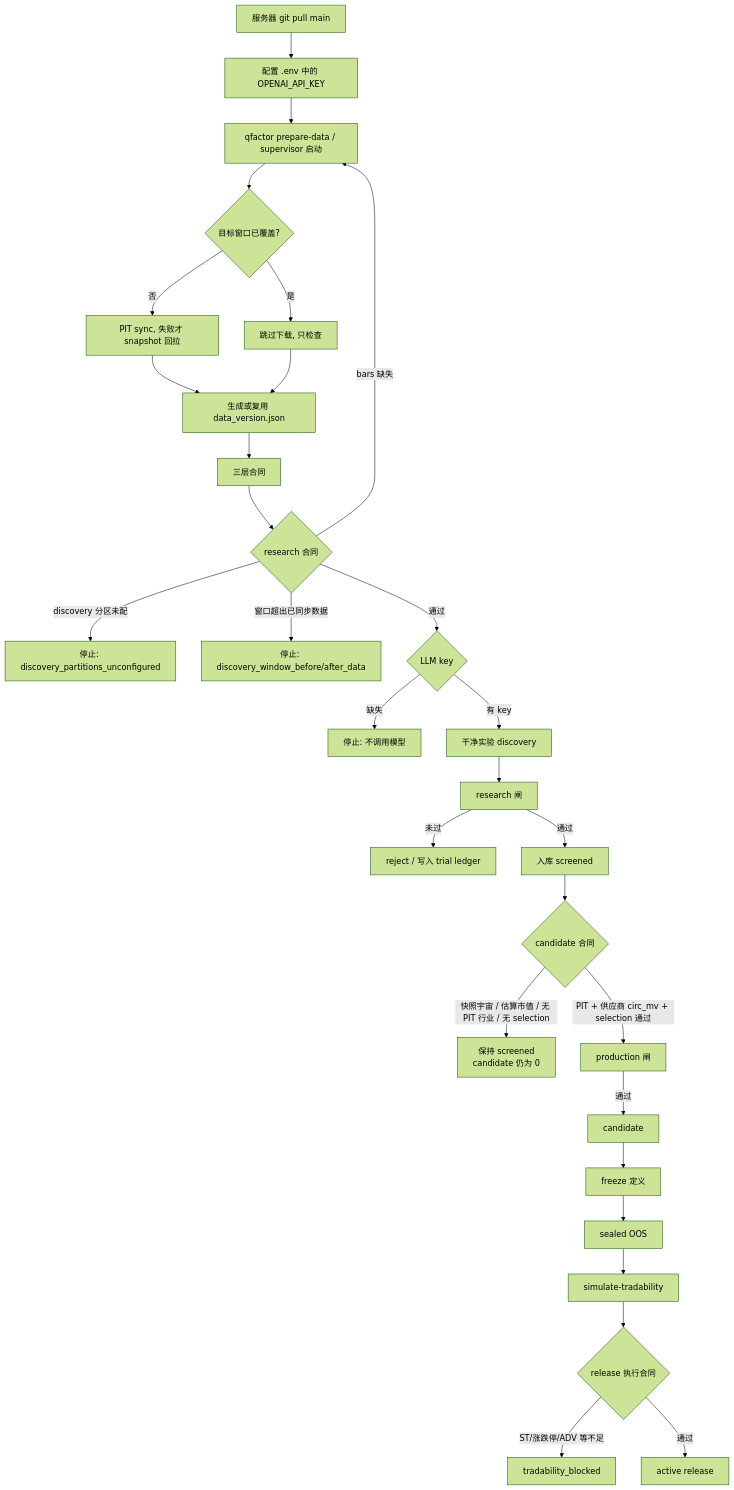
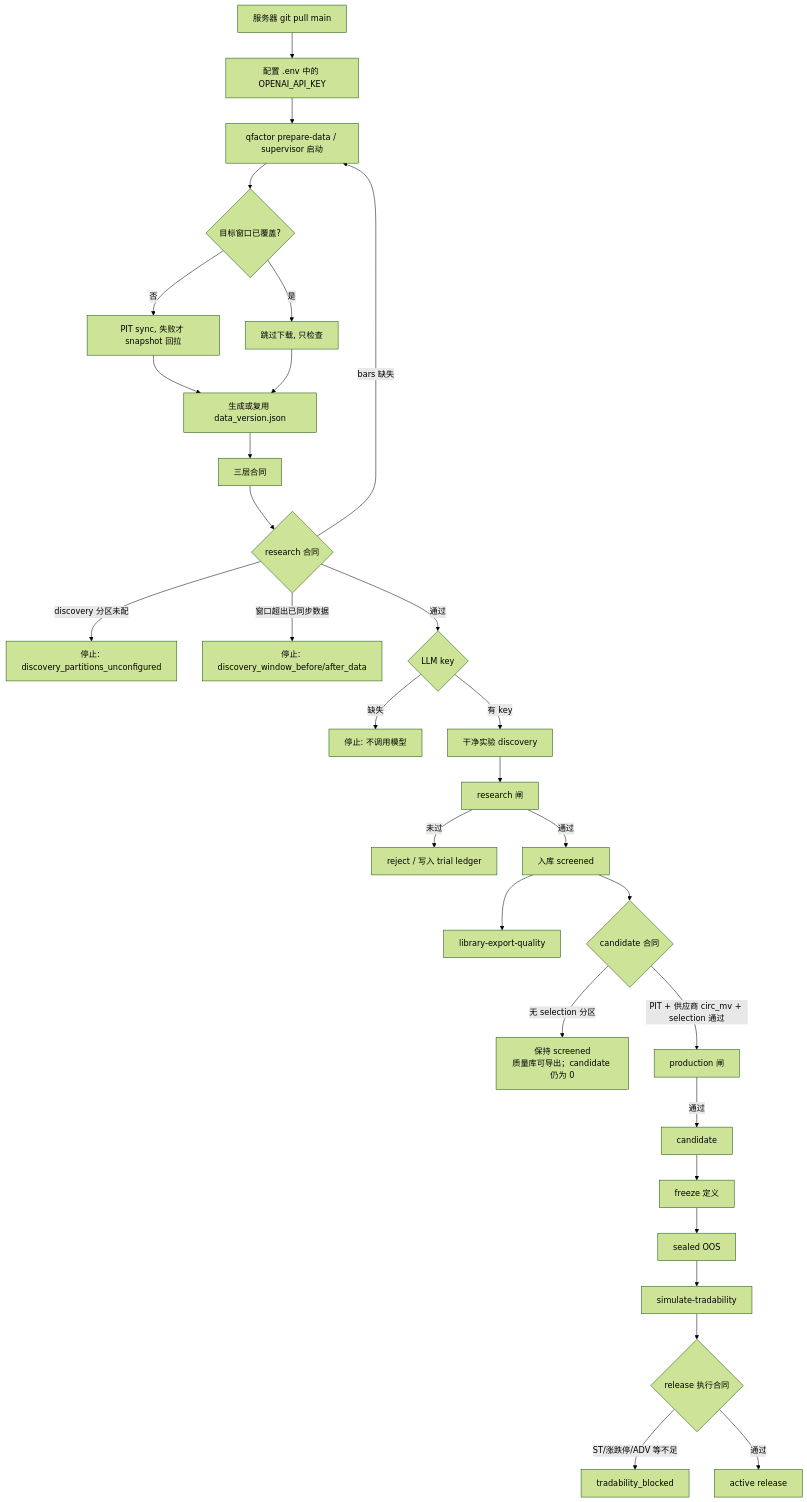
One commit to CnOxx1/EvoQuantFactor changed the first of 5 diagrams in docs/factor_production_flow.md. Above: the diagram before and after it, drawn with Mermaid (forest theme). The commit also changed other lines of this file and 13 other files, not shown here.

First line of the commit message:
Export a PIT quality library as the mining deliverable.

````diff
--- a/docs/factor_production_flow.md
+++ b/docs/factor_production_flow.md
@@ -7,31 +7,32 @@
 ```mermaid
 flowchart TD
     A[服务器 git pull main] --> B[配置 .env 中的 OPENAI_API_KEY]
     B --> C["qfactor prepare-data / supervisor 启动"]
     C --> C1{目标窗口已覆盖?}
     C1 -->|否| C2[PIT sync, 失败才 snapshot 回拉]
     C1 -->|是| C3[跳过下载, 只检查]
     C2 --> D[生成或复用 data_version.json]
     C3 --> D
     D --> E[三层合同]
     E --> F{research 合同}
     F -->|bars 缺失| C
     F -->|discovery 分区未配| G[停止: discovery_partitions_unconfigured]
     F -->|窗口超出已同步数据| H[停止: discovery_window_before/after_data]
     F -->|通过| I{LLM key}
     I -->|缺失| J[停止: 不调用模型]
     I -->|有 key| K[干净实验 discovery]
     K --> L[research 闸]
     L -->|未过| M[reject / 写入 trial ledger]
     L -->|通过| N[入库 screened]
+    N --> QL[library-export-quality]
     N --> O{candidate 合同}
-    O -->|快照宇宙 / 估算市值 / 无 PIT 行业 / 无 selection| P[保持 screened<br/>candidate 仍为 0]
+    O -->|无 selection 分区| P[保持 screened<br/>质量库可导出；candidate 仍为 0]
     O -->|PIT + 供应商 circ_mv + selection 通过| Q[production 闸]
     Q -->|通过| R[candidate]
     R --> S[freeze 定义]
     S --> T[sealed OOS]
     T --> U[simulate-tradability]
     U --> V{release 执行合同}
     V -->|ST/涨跌停/ADV 等不足| W[tradability_blocked]
     V -->|通过| X[active release]
 ```
````
